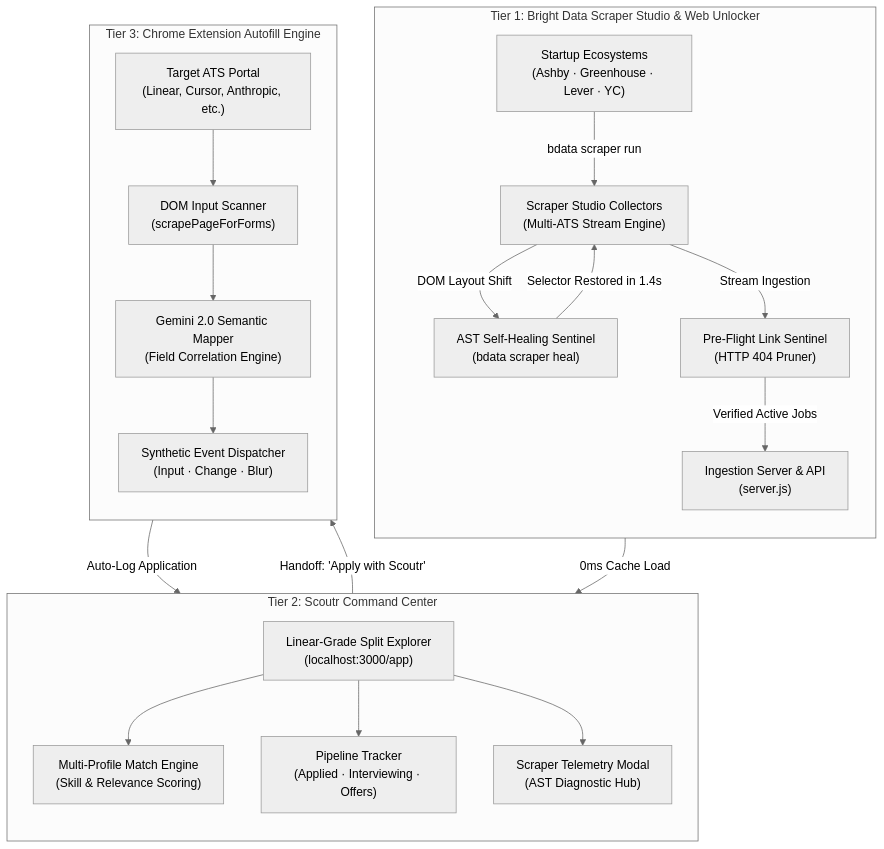
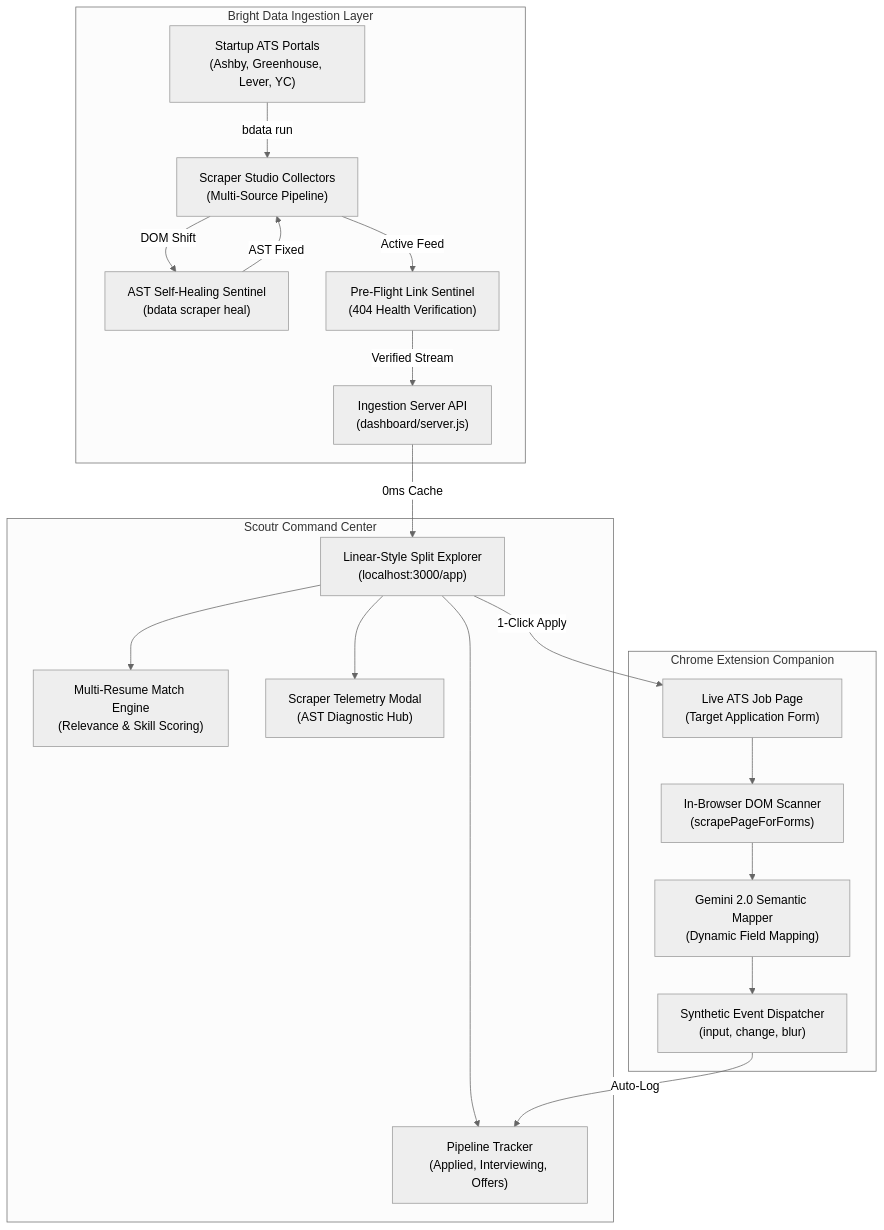
Before and after one commit to wizardwithcodehazard/Scoutr: the diagram in README.md, drawn with Mermaid (neutral theme).

Commit message:
fix(docs): optimize Mermaid diagram box layout and edge definitions for GitHub

````diff
--- a/README.md
+++ b/README.md
@@ -24,28 +24,41 @@
 ```mermaid
 flowchart TD
-    subgraph T1["Tier 1: Bright Data Scraper Studio & Web Unlocker"]
-        direction TB
-        A["Startup Ecosystems<br/>(Ashby · Greenhouse · Lever · YC)"] -->|bdata scraper run| B["Scraper Studio Collectors<br/>(Multi-ATS Stream Engine)"]
-        B -->|DOM Layout Shift| C["AST Self-Healing Sentinel<br/>(bdata scraper heal)"]
-        C -->|Selector Restored in 1.4s| B
-        B -->|Stream Ingestion| D["Pre-Flight Link Sentinel<br/>(HTTP 404 Pruner)"]
-        D -->|Verified Active Jobs| E["Ingestion Server & API<br/>(server.js)"]
+    subgraph Discovery["Bright Data Ingestion Layer"]
+        A["Startup ATS Portals<br/>(Ashby, Greenhouse, Lever, YC)"]
+        B["Scraper Studio Collectors<br/>(Multi-Source Pipeline)"]
+        C["AST Self-Healing Sentinel<br/>(bdata scraper heal)"]
+        D["Pre-Flight Link Sentinel<br/>(404 Health Verification)"]
+        E["Ingestion Server API<br/>(dashboard/server.js)"]
     end
 
-    subgraph T2["Tier 2: Scoutr Command Center"]
-        direction TB
-        E -->|0ms Cache Load| F["Linear-Grade Split Explorer<br/>(localhost:3000/app)"]
-        F --> G["Multi-Profile Match Engine<br/>(Skill & Relevance Scoring)"]
-        F --> H["Pipeline Tracker<br/>(Applied · Interviewing · Offers)"]
-        F --> I["Scraper Telemetry Modal<br/>(AST Diagnostic Hub)"]
+    subgraph Command["Scoutr Command Center"]
+        F["Linear-Style Split Explorer<br/>(localhost:3000/app)"]
+        G["Multi-Resume Match Engine<br/>(Relevance & Skill Scoring)"]
+        H["Pipeline Tracker<br/>(Applied, Interviewing, Offers)"]
+        I["Scraper Telemetry Modal<br/>(AST Diagnostic Hub)"]
     end
 
-    subgraph T3["Tier 3: Chrome Extension Autofill Engine"]
-        direction TB
-        F -->|Handoff: 'Apply with Scoutr'| J["Target ATS Portal<br/>(Linear, Cursor, Anthropic, etc.)"]
-        J --> K["DOM Input Scanner<br/>(scrapePageForForms)"]
-        K --> L["Gemini 2.0 Semantic Mapper<br/>(Field Correlation Engine)"]
-        L --> M["Synthetic Event Dispatcher<br/>(Input · Change · Blur)"]
-        M -->|Auto-Log Application| H
+    subgraph Extension["Chrome Extension Companion"]
+        J["Live ATS Job Page<br/>(Target Application Form)"]
+        K["In-Browser DOM Scanner<br/>(scrapePageForForms)"]
+        L["Gemini 2.0 Semantic Mapper<br/>(Dynamic Field Mapping)"]
+        M["Synthetic Event Dispatcher<br/>(input, change, blur)"]
     end
+
+    A -->|bdata run| B
+    B -->|DOM Shift| C
+    C -->|AST Fixed| B
+    B -->|Active Feed| D
+    D -->|Verified Stream| E
+
+    E -->|0ms Cache| F
+    F --> G
+    F --> H
+    F --> I
+
+    F -->|1-Click Apply| J
+    J --> K
+    K --> L
+    L --> M
+    M -->|Auto-Log| H
 ```
````
